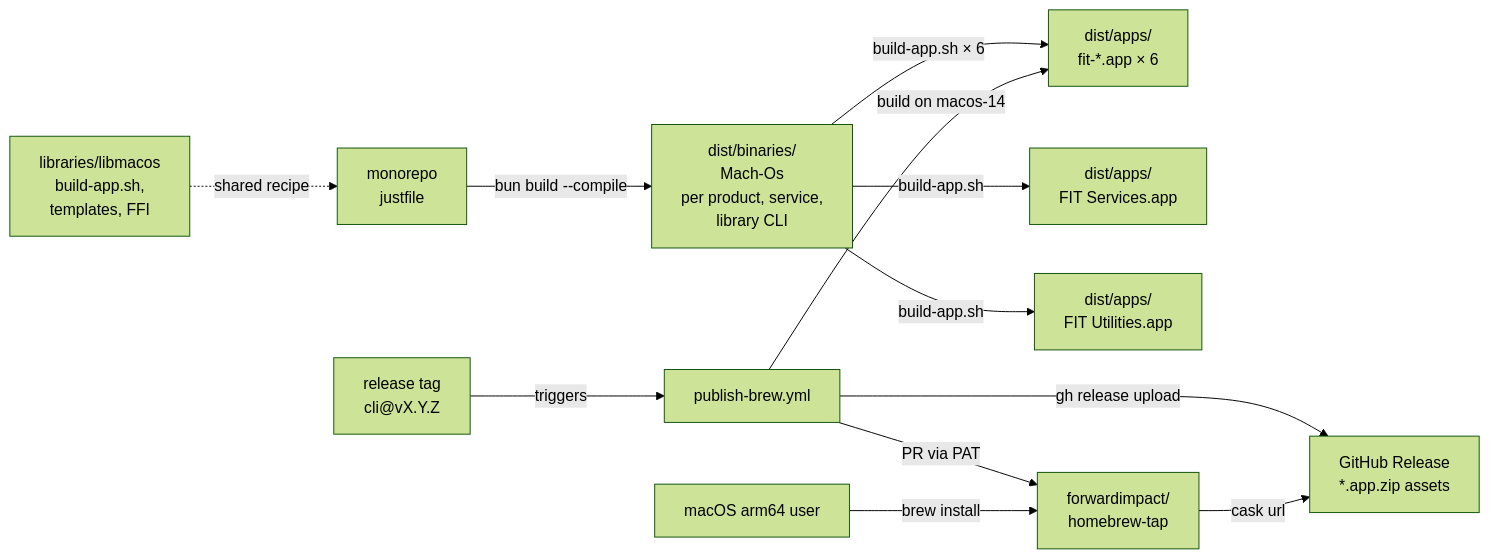
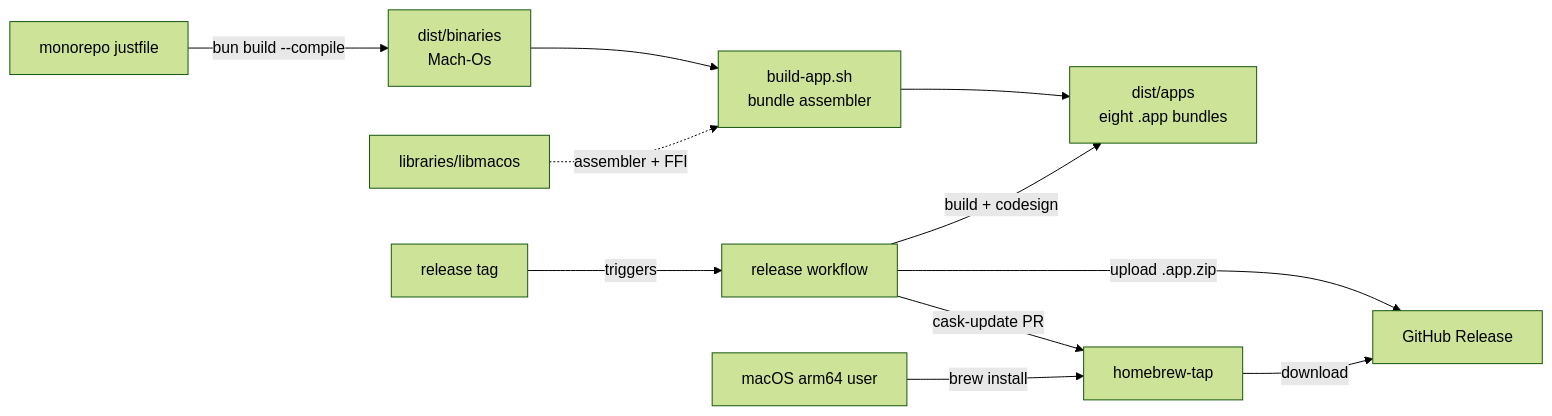
One commit to forwardimpact/pathway changed the diagram in specs/600-native-binary-distribution/design.md. Above: the diagram before and after it, drawn with Mermaid (forest theme). The commit also changed other lines of this file and 2 other files, not shown here.

````diff
--- a/specs/600-native-binary-distribution/design.md
+++ b/specs/600-native-binary-distribution/design.md
@@ -8,14 +8,13 @@
 ```mermaid
 graph LR
-  MR[monorepo<br/>justfile] -->|bun build --compile| BIN[dist/binaries/<br/>Mach-Os<br/>per product, service,<br/>library CLI]
-  BIN -->|build-app.sh × 6| APPS[dist/apps/<br/>fit-*.app × 6]
-  BIN -->|build-app.sh| SVC[dist/apps/<br/>FIT Services.app]
-  BIN -->|build-app.sh| UTIL[dist/apps/<br/>FIT Utilities.app]
-  LIB[libraries/libmacos<br/>build-app.sh,<br/>templates, FFI] -.->|shared recipe| MR
-  Tag[release tag<br/>cli@vX.Y.Z] -->|triggers| WF[publish-brew.yml]
-  WF -->|build on macos-14| APPS
-  WF -->|gh release upload| REL[GitHub Release<br/>*.app.zip assets]
-  WF -->|PR via PAT| TAP[forwardimpact/<br/>homebrew-tap]
+  MR[monorepo justfile] -->|bun build --compile| MO[dist/binaries<br/>Mach-Os]
+  MO --> ASM[build-app.sh<br/>bundle assembler]
+  ASM --> APPS[dist/apps<br/>eight .app bundles]
+  LIB[libraries/libmacos] -.->|assembler + FFI| ASM
+  Tag[release tag] -->|triggers| WF[release workflow]
+  WF -->|build + codesign| APPS
+  WF -->|upload .app.zip| REL[GitHub Release]
+  WF -->|cask-update PR| TAP[homebrew-tap]
   User[macOS arm64 user] -->|brew install| TAP
-  TAP -->|cask url| REL
+  TAP -->|download| REL
 ```
````
